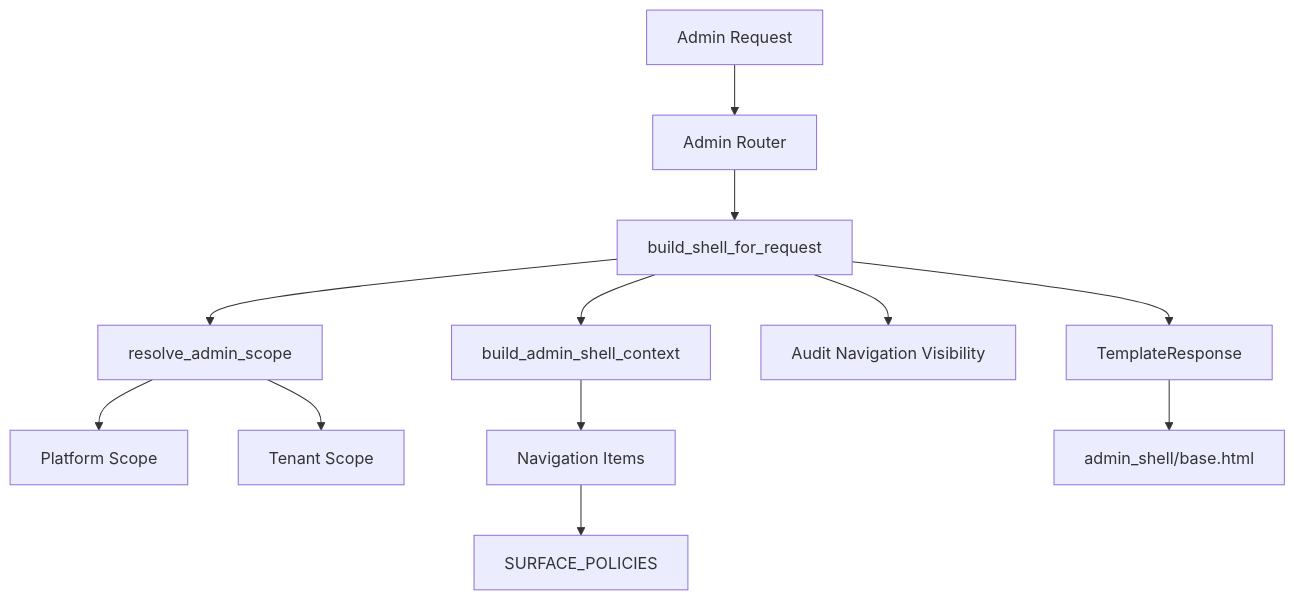
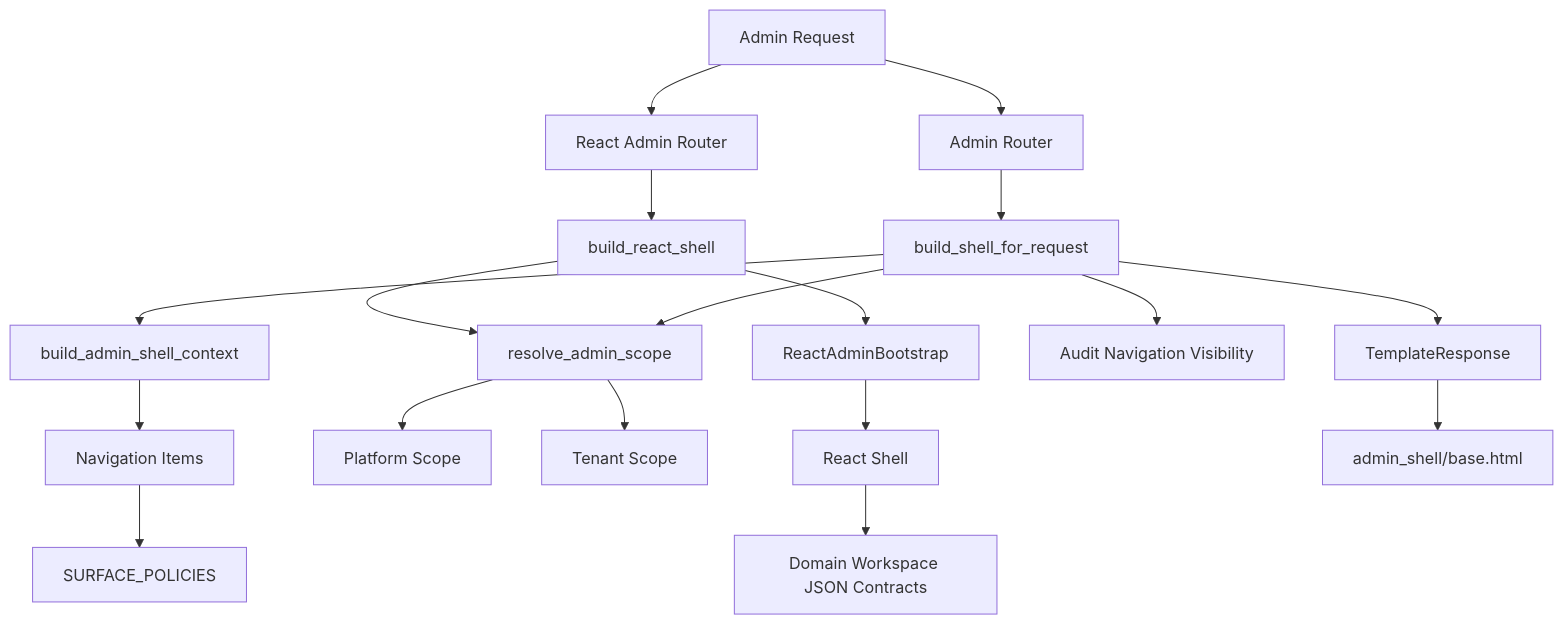
Before and after one commit to scott5252/multi-agent: the fifth of 35 diagrams in system_architecture.md, drawn with Mermaid. The commit also changed other lines of this file and 97 other files, not shown here.

````diff
--- a/system_architecture.md
+++ b/system_architecture.md
@@ -384,14 +413,20 @@
 ```mermaid
 flowchart TD
     f5n1["Admin Request"] --> f5n2["Admin Router"]
+    f5n1["Admin Request"] --> f5n13["React Admin Router"]
+    f5n13["React Admin Router"] --> f5n14["build_react_shell"]
+    f5n14["build_react_shell"] --> f5n4["resolve_admin_scope"]
+    f5n14["build_react_shell"] --> f5n15["ReactAdminBootstrap"]
+    f5n15["ReactAdminBootstrap"] --> f5n16["React Shell"]
+    f5n16["React Shell"] --> f5n17["Domain Workspace JSON Contracts"]
     f5n2["Admin Router"] --> f5n3["build_shell_for_request"]
     f5n3["build_shell_for_request"] --> f5n4["resolve_admin_scope"]
     f5n4["resolve_admin_scope"] --> f5n5["Platform Scope"]
     f5n4["resolve_admin_scope"] --> f5n6["Tenant Scope"]
     f5n3["build_shell_for_request"] --> f5n7["build_admin_shell_context"]
     f5n7["build_admin_shell_context"] --> f5n8["Navigation Items"]
     f5n8["Navigation Items"] --> f5n9["SURFACE_POLICIES"]
     f5n3["build_shell_for_request"] --> f5n10["Audit Navigation Visibility"]
     f5n3["build_shell_for_request"] --> f5n11["TemplateResponse"]
     f5n11["TemplateResponse"] --> f5n12["admin_shell/base.html"]
 ```
````
